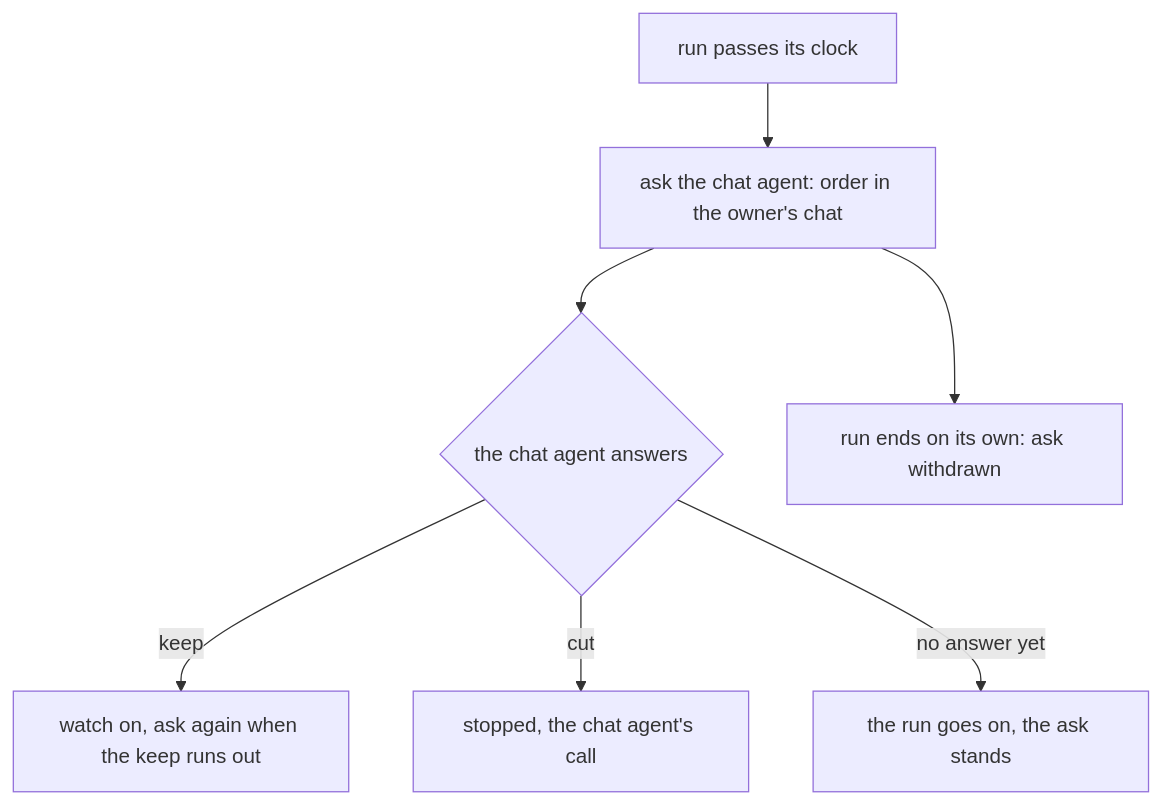
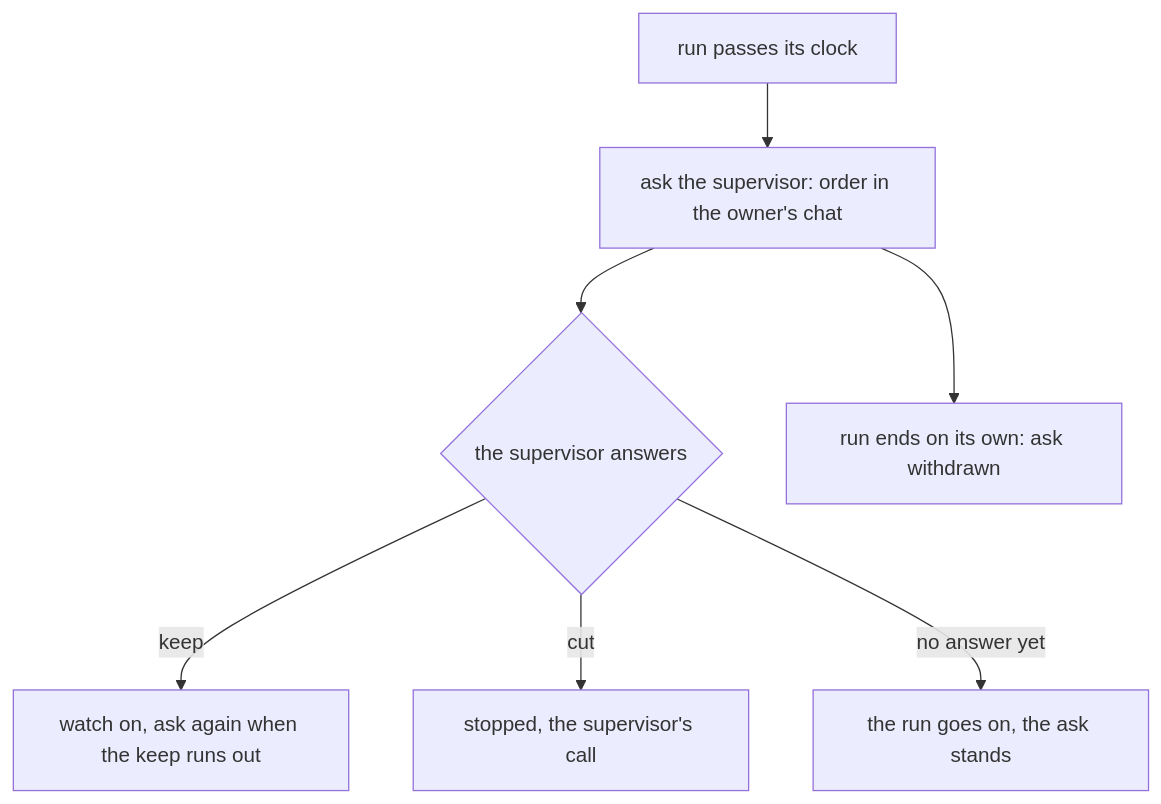
One commit to ahas/bmo-agency changed the first of 2 diagrams in docs/agent-control.md. Above: the diagram before and after it, drawn with Mermaid. The commit also changed other lines of this file and 206 other files, not shown here.

````diff
--- a/docs/agent-control.md
+++ b/docs/agent-control.md
@@ -976,9 +977,9 @@
 ```mermaid
 flowchart TD
-  A[run passes its clock] --> D[ask the chat agent: order in the owner's chat]
-  D --> E{the chat agent answers}
+  A[run passes its clock] --> D[ask the supervisor: order in the owner's chat]
+  D --> E{the supervisor answers}
   E -- keep --> F[watch on, ask again when the keep runs out]
-  E -- cut --> G[stopped, the chat agent's call]
+  E -- cut --> G[stopped, the supervisor's call]
   E -- no answer yet --> H[the run goes on, the ask stands]
   D --> I[run ends on its own: ask withdrawn]
 ```
````
